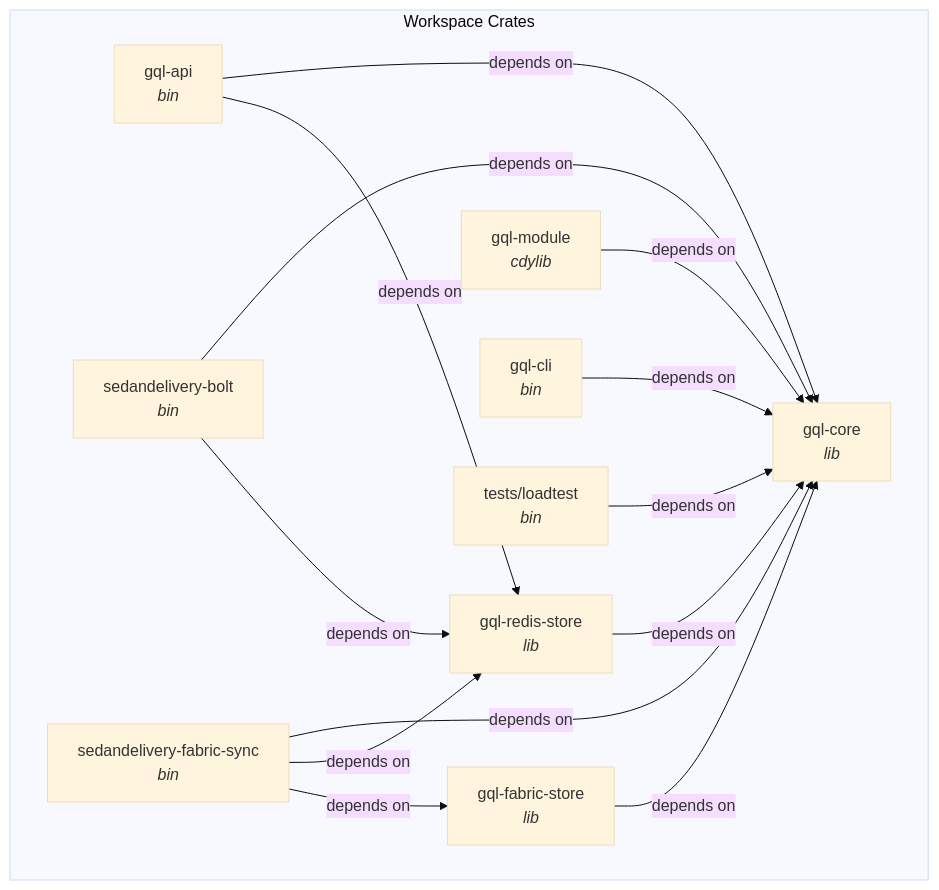
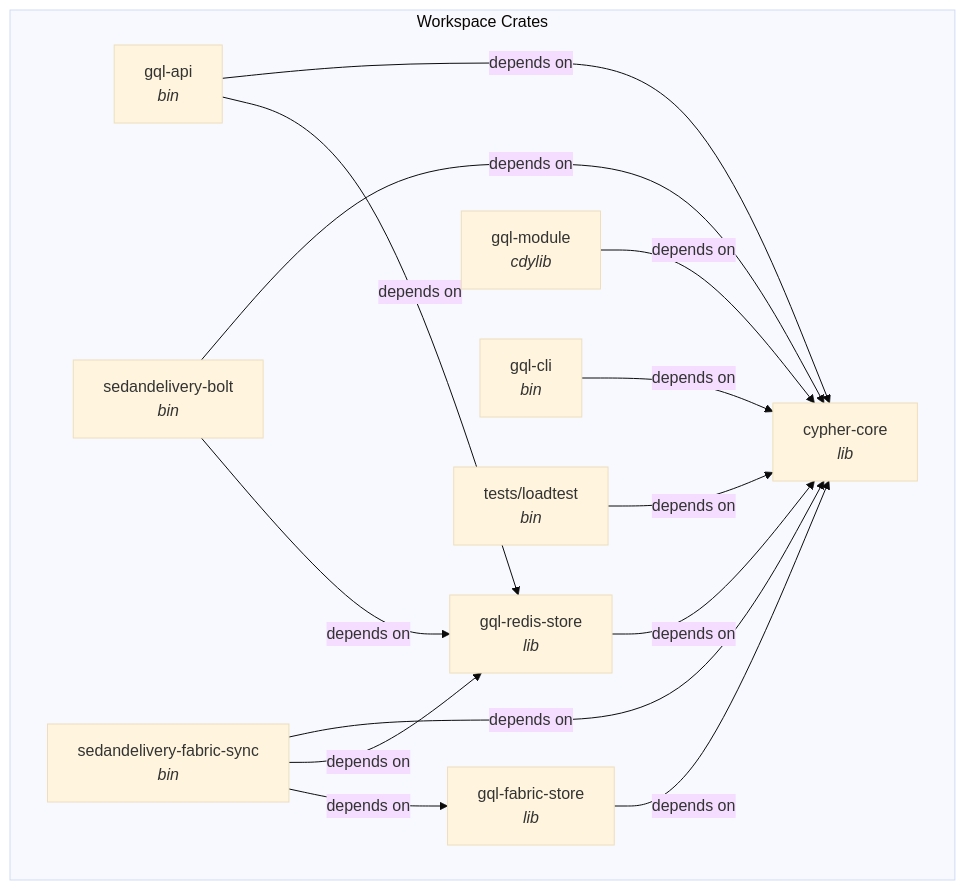
One commit to rysweet/SedanDelivery changed the diagram in docs/atlas/compile-deps/README.md. Above: the diagram before and after it, drawn with Mermaid (base theme). The commit also changed other lines of this file and 488 other files, not shown here.

First line of the commit message:
feat(cypher-core): architecture cleanup + PersistentGraphStore (#1093)

````diff
--- a/docs/atlas/compile-deps/README.md
+++ b/docs/atlas/compile-deps/README.md
@@ -12,27 +12,27 @@
 ```mermaid
 graph TD
     subgraph workspace["Workspace Crates"]
-        gql_core["gql-core<br/><i>lib</i>"]
+        cypher_core["cypher-core<br/><i>lib</i>"]
         gql_redis["gql-redis-store<br/><i>lib</i>"]
         gql_fabric["gql-fabric-store<br/><i>lib</i>"]
         gql_module["gql-module<br/><i>cdylib</i>"]
         gql_api["gql-api<br/><i>bin</i>"]
         gql_cli["gql-cli<br/><i>bin</i>"]
         bolt["sedandelivery-bolt<br/><i>bin</i>"]
         sync["sedandelivery-fabric-sync<br/><i>bin</i>"]
         loadtest["tests/loadtest<br/><i>bin</i>"]
     end
 
-    gql_redis -->|"depends on"| gql_core
-    gql_fabric -->|"depends on"| gql_core
-    gql_module -->|"depends on"| gql_core
-    gql_cli -->|"depends on"| gql_core
-    gql_api -->|"depends on"| gql_core
+    gql_redis -->|"depends on"| cypher_core
+    gql_fabric -->|"depends on"| cypher_core
+    gql_module -->|"depends on"| cypher_core
+    gql_cli -->|"depends on"| cypher_core
+    gql_api -->|"depends on"| cypher_core
     gql_api -->|"depends on"| gql_redis
-    bolt -->|"depends on"| gql_core
+    bolt -->|"depends on"| cypher_core
     bolt -->|"depends on"| gql_redis
-    sync -->|"depends on"| gql_core
+    sync -->|"depends on"| cypher_core
     sync -->|"depends on"| gql_redis
     sync -->|"depends on"| gql_fabric
-    loadtest -->|"depends on"| gql_core
+    loadtest -->|"depends on"| cypher_core
 ```
````
